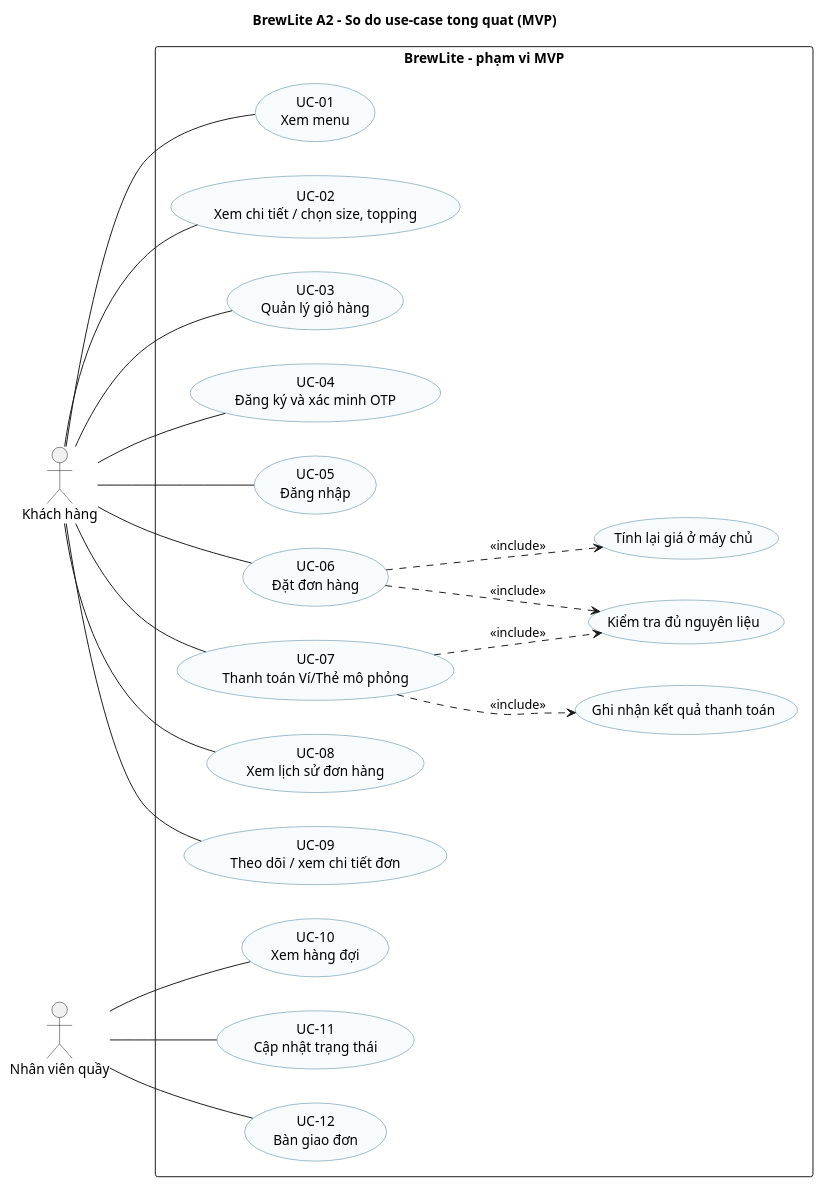
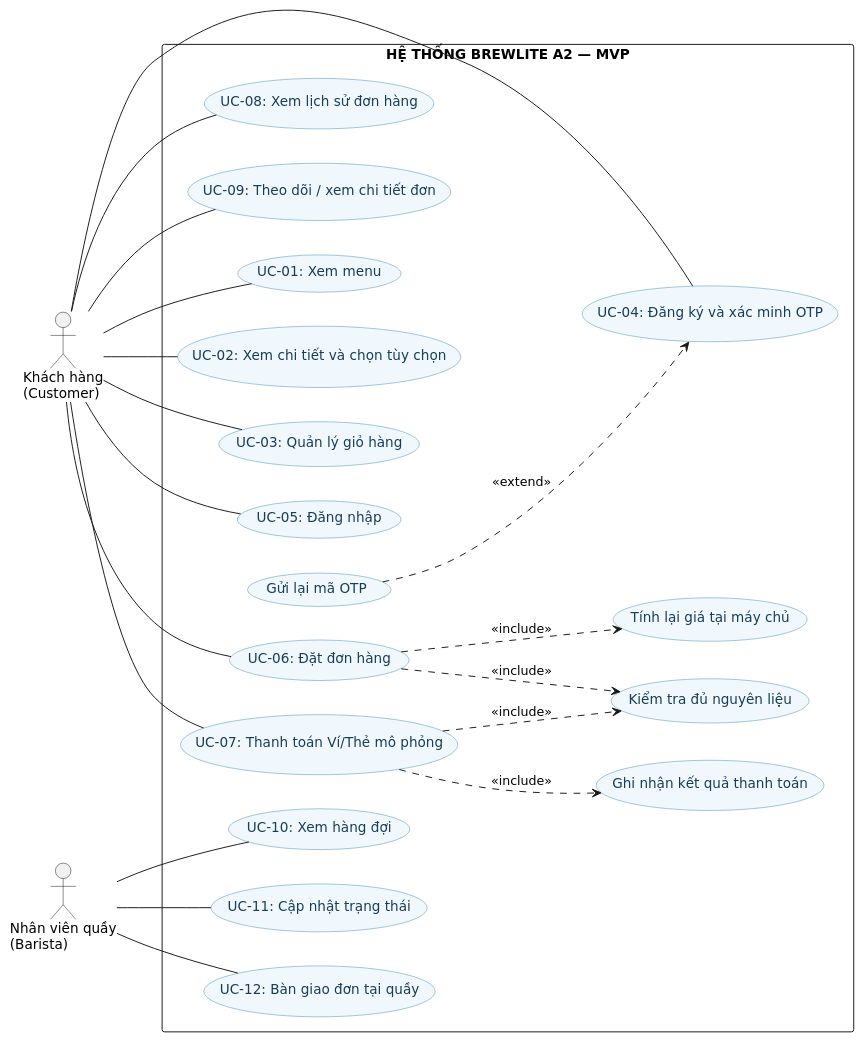
The diagram in docs/diagrams/use-case-overview.puml (letan01012006/brewlite-a2), drawn with PlantUML before and after one commit. The commit also changed 2 other files, not shown here.

Commit message:
docs: finalize Task 1.2 use case diagram

```diff
--- a/docs/diagrams/use-case-overview.puml
+++ b/docs/diagrams/use-case-overview.puml
@@ -1,47 +1,52 @@
-@startuml BrewLite_A2_UseCase_Overview
+@startuml BrewLite_A2_Use_Case_Overview
+' Sơ đồ tổng quát Task 1.2 - BrewLite A2
+' Mô hình UML tương đương bản SVG/PNG; khi render lại, PlantUML tự bố trí lại vị trí.
 left to right direction
+skinparam shadowing false
 skinparam backgroundColor white
-skinparam shadowing false
+skinparam defaultFontName "DejaVu Sans"
+skinparam actorStyle stickman
 skinparam packageStyle rectangle
-skinparam actorStyle stickman
 skinparam usecase {
-  BackgroundColor #F8FBFE
-  BorderColor #417893
+ BackgroundColor #F0F8FE
+ BorderColor #448DB3
+ FontColor #173D57
 }
-title BrewLite A2 - So do use-case tong quat (MVP)
-actor "Khách hàng" as Customer
-actor "Nhân viên quầy" as Barista
-rectangle "BrewLite - phạm vi MVP" {
-  usecase "UC-01\nXem menu" as UC01
-  usecase "UC-02\nXem chi tiết / chọn size, topping" as UC02
-  usecase "UC-03\nQuản lý giỏ hàng" as UC03
-  usecase "UC-04\nĐăng ký và xác minh OTP" as UC04
-  usecase "UC-05\nĐăng nhập" as UC05
-  usecase "UC-06\nĐặt đơn hàng" as UC06
-  usecase "UC-07\nThanh toán Ví/Thẻ mô phỏng" as UC07
-  usecase "UC-08\nXem lịch sử đơn hàng" as UC08
-  usecase "UC-09\nTheo dõi / xem chi tiết đơn" as UC09
-  usecase "UC-10\nXem hàng đợi" as UC10
-  usecase "UC-11\nCập nhật trạng thái" as UC11
-  usecase "UC-12\nBàn giao đơn" as UC12
-  usecase "Tính lại giá ở máy chủ" as PRICE
+actor "Khách hàng\n(Customer)" as Customer
+actor "Nhân viên quầy\n(Barista)" as Barista
+rectangle "HỆ THỐNG BREWLITE A2 — MVP" {
+  usecase "UC-01: Xem menu" as UC01
+  usecase "UC-02: Xem chi tiết và chọn tùy chọn" as UC02
+  usecase "UC-03: Quản lý giỏ hàng" as UC03
+  usecase "UC-04: Đăng ký và xác minh OTP" as UC04
+  usecase "UC-05: Đăng nhập" as UC05
+  usecase "UC-06: Đặt đơn hàng" as UC06
+  usecase "UC-07: Thanh toán Ví/Thẻ mô phỏng" as UC07
+  usecase "UC-08: Xem lịch sử đơn hàng" as UC08
+  usecase "UC-09: Theo dõi / xem chi tiết đơn" as UC09
+  usecase "UC-10: Xem hàng đợi" as UC10
+  usecase "UC-11: Cập nhật trạng thái" as UC11
+  usecase "UC-12: Bàn giao đơn tại quầy" as UC12
+  usecase "Tính lại giá tại máy chủ" as PRICE
   usecase "Kiểm tra đủ nguyên liệu" as STOCK
-  usecase "Ghi nhận kết quả thanh toán" as RESULT
+  usecase "Ghi nhận kết quả thanh toán" as PAYMENT_RESULT
+  usecase "Gửi lại mã OTP" as RESEND
 }
 Customer -- UC01
 Customer -- UC02
 Customer -- UC03
 Customer -- UC04
 Customer -- UC05
 Customer -- UC06
 Customer -- UC07
 Customer -- UC08
 Customer -- UC09
 Barista -- UC10
 Barista -- UC11
 Barista -- UC12
 UC06 ..> PRICE : <<include>>
 UC06 ..> STOCK : <<include>>
 UC07 ..> STOCK : <<include>>
-UC07 ..> RESULT : <<include>>
+UC07 ..> PAYMENT_RESULT : <<include>>
+RESEND ..> UC04 : <<extend>>
 @enduml
```
